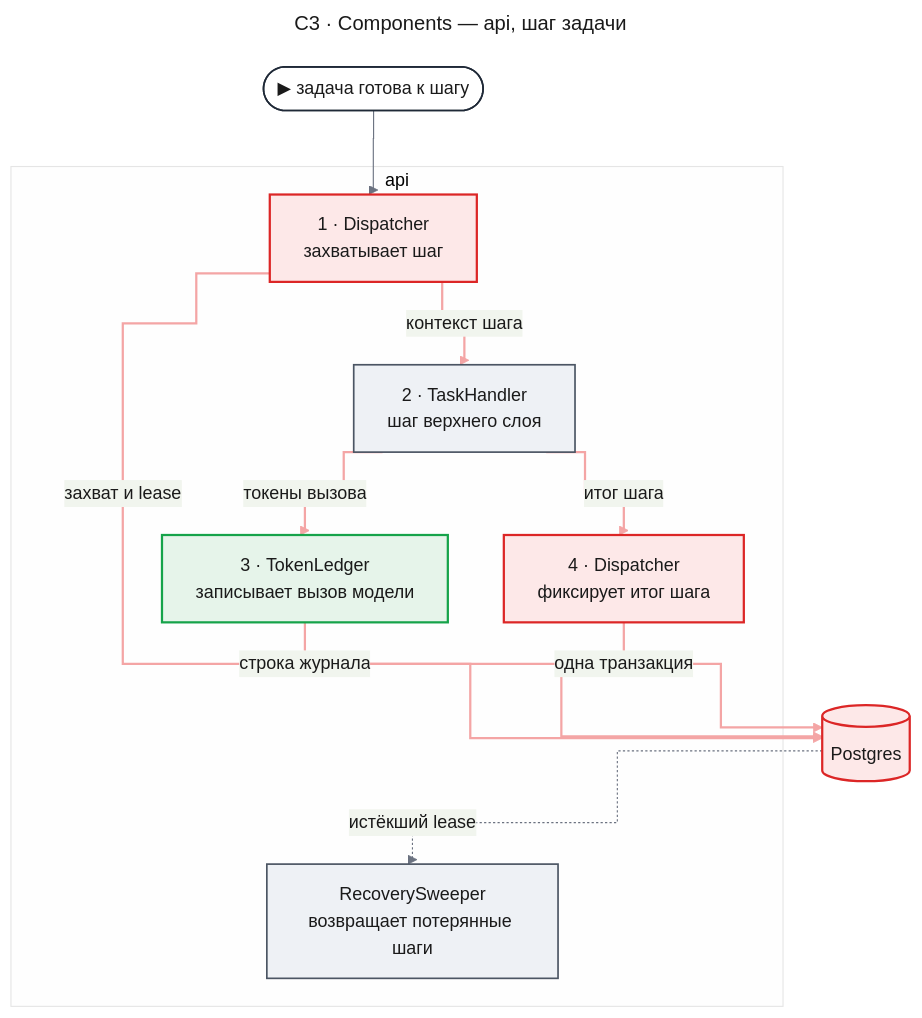
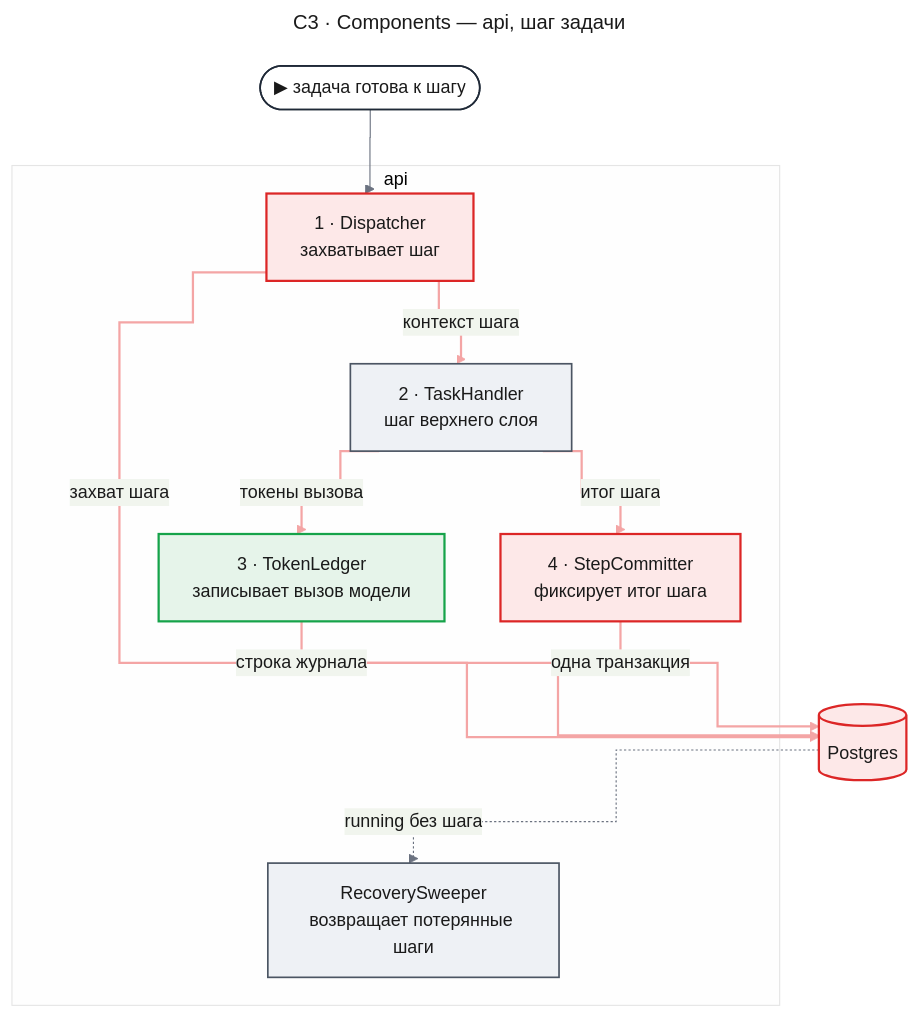
One commit to tundraray/agent-os changed the fourth of 12 diagrams in docs/features/agent-platform/design-runtime.md. Above: the diagram before and after it, drawn with Mermaid. The commit also changed other lines of this file and 1225 other files, not shown here.

````diff
--- a/docs/features/agent-platform/design-runtime.md
+++ b/docs/features/agent-platform/design-runtime.md
@@ -304,55 +296,55 @@
 ```mermaid
 ---
 title: "C3 · Components — api, шаг задачи"
 config:
   theme: base
   look: classic
   themeVariables:
     primaryColor: "#eef1f5"
     primaryBorderColor: "#4b5563"
     primaryTextColor: "#1a1a1a"
     lineColor: "#6b7280"
   flowchart:
     curve: step
   themeCSS: |
     @keyframes lit_c3s{0%,15%{stroke:#991b1b;stroke-width:6px}16.67%,100%{stroke:#f4a5a5;stroke-width:2px}}
 ---
 flowchart TB
     entry(["▶ задача готова к шагу"])
     subgraph api["api"]
         d1["1 · Dispatcher<br/>захватывает шаг"]
         h["2 · TaskHandler<br/>шаг верхнего слоя"]
         led["3 · TokenLedger<br/>записывает вызов модели"]
-        c["4 · Dispatcher<br/>фиксирует итог шага"]
+        c["4 · StepCommitter<br/>фиксирует итог шага"]
         sw["RecoverySweeper<br/>возвращает потерянные шаги"]
     end
     db[("Postgres")]
     entry --> d1
-    d1 e1@-->|"захват и lease"| db
+    d1 e1@-->|"захват шага"| db
     d1 e2@-->|"контекст шага"| h
     h e3@-->|"токены вызова"| led
     led e4@-->|"строка журнала"| db
     h e5@-->|"итог шага"| c
     c e6@-->|"одна транзакция"| db
-    db -.->|"истёкший lease"| sw
+    db -.->|"running без шага"| sw
     classDef entry fill:#ffffff,stroke:#1f2937,stroke-width:1.5px,color:#1a1a1a
     classDef changed fill:#fde8e8,stroke:#dc2626,stroke-width:2px,color:#1a1a1a
     classDef new fill:#e6f4ea,stroke:#16a34a,stroke-width:2px,color:#1a1a1a
     classDef unchanged fill:#eef1f5,stroke:#4b5563,stroke-width:1.5px,color:#1a1a1a
     classDef w1 stroke:#f4a5a5,stroke-width:2px,animation:lit_c3s 7.2s linear 0s infinite
     classDef w2 stroke:#f4a5a5,stroke-width:2px,animation:lit_c3s 7.2s linear 1.2s infinite
     classDef w3 stroke:#f4a5a5,stroke-width:2px,animation:lit_c3s 7.2s linear 2.4s infinite
     classDef w4 stroke:#f4a5a5,stroke-width:2px,animation:lit_c3s 7.2s linear 3.6s infinite
     classDef w5 stroke:#f4a5a5,stroke-width:2px,animation:lit_c3s 7.2s linear 4.8s infinite
     classDef w6 stroke:#f4a5a5,stroke-width:2px,animation:lit_c3s 7.2s linear 6s infinite
     class entry entry
     class d1,c,db changed
     class led new
     class sw,h unchanged
     class e1 w1
     class e2 w2
     class e3 w3
     class e4 w4
     class e5 w5
     class e6 w6
 ```
````
